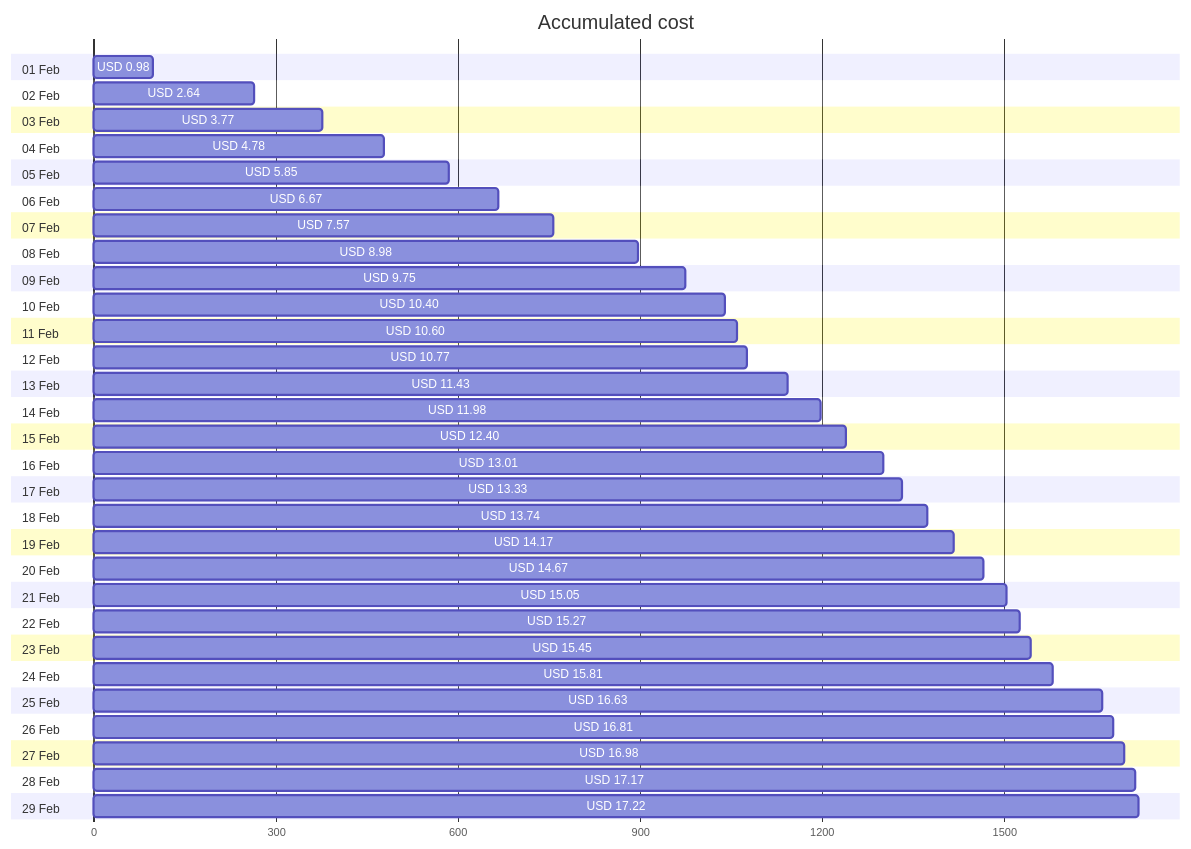
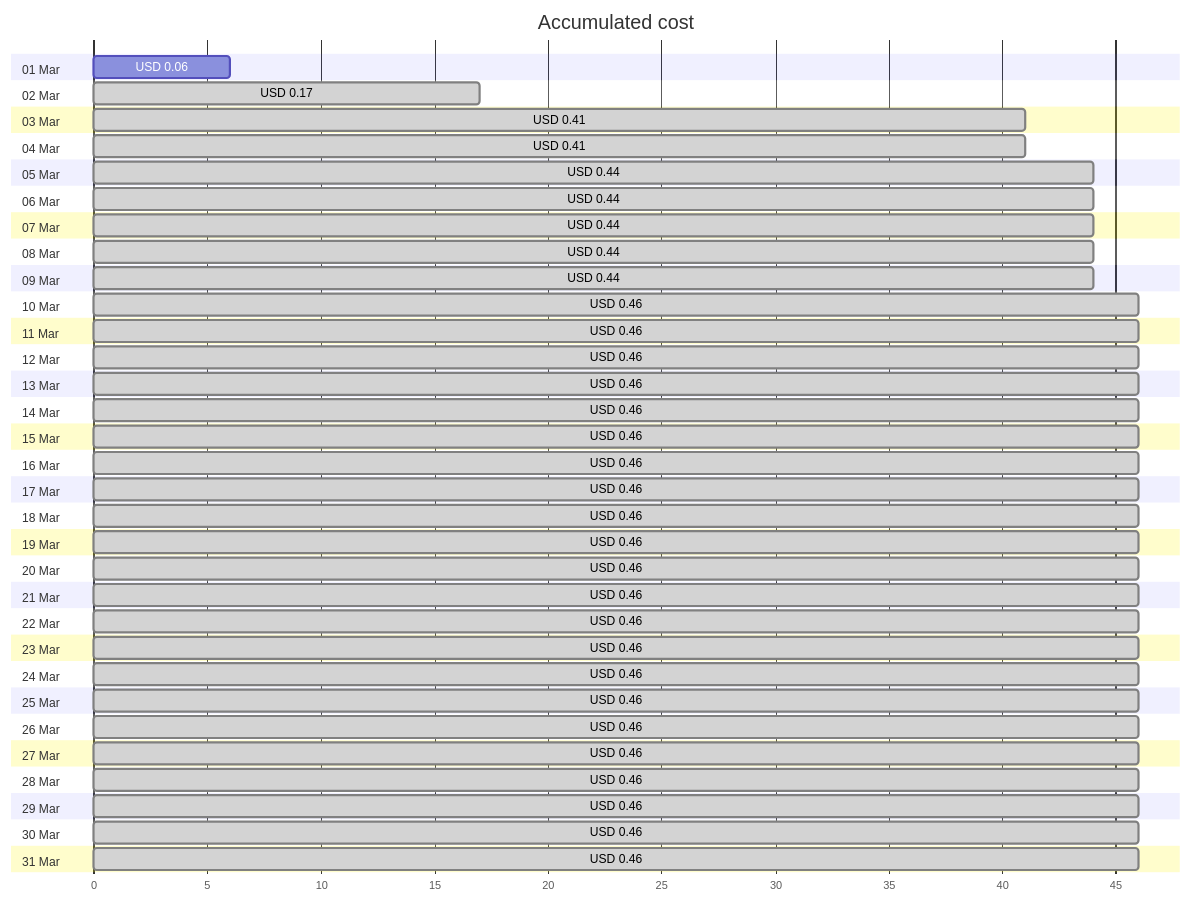
The first of 4 diagrams in cost-reports/personal-network/vpn-server.md (jpfulton/azure-personal-reports), drawn with Mermaid before and after one commit. The commit also changed other lines of this file and 8 other files, not shown here.

````diff
--- a/cost-reports/personal-network/vpn-server.md
+++ b/cost-reports/personal-network/vpn-server.md
@@ -20,64 +20,68 @@
 ```mermaid
 gantt
    title Accumulated cost
    dateFormat  X
    axisFormat %s
-   section 01 Feb
-   USD 0.98 :0, 98
-   section 02 Feb
-   USD 2.64 :0, 264
-   section 03 Feb
-   USD 3.77 :0, 377
-   section 04 Feb
-   USD 4.78 :0, 478
-   section 05 Feb
-   USD 5.85 :0, 585
-   section 06 Feb
-   USD 6.67 :0, 667
-   section 07 Feb
-   USD 7.57 :0, 757
-   section 08 Feb
-   USD 8.98 :0, 898
-   section 09 Feb
-   USD 9.75 :0, 975
-   section 10 Feb
-   USD 10.40 :0, 1040
-   section 11 Feb
-   USD 10.60 :0, 1060
-   section 12 Feb
-   USD 10.77 :0, 1077
-   section 13 Feb
-   USD 11.43 :0, 1143
-   section 14 Feb
-   USD 11.98 :0, 1198
-   section 15 Feb
-   USD 12.40 :0, 1240
-   section 16 Feb
-   USD 13.01 :0, 1301
-   section 17 Feb
-   USD 13.33 :0, 1333
-   section 18 Feb
-   USD 13.74 :0, 1374
-   section 19 Feb
-   USD 14.17 :0, 1417
-   section 20 Feb
-   USD 14.67 :0, 1467
-   section 21 Feb
-   USD 15.05 :0, 1505
-   section 22 Feb
-   USD 15.27 :0, 1527
-   section 23 Feb
-   USD 15.45 :0, 1545
-   section 24 Feb
-   USD 15.81 :0, 1581
-   section 25 Feb
-   USD 16.63 :0, 1663
-   section 26 Feb
-   USD 16.81 :0, 1681
-   section 27 Feb
-   USD 16.98 :0, 1698
-   section 28 Feb
-   USD 17.17 :0, 1717
-   section 29 Feb
-   USD 17.22 :0, 1722
+   section 01 Mar
+   USD 0.06 :0, 6
+   section 02 Mar
+   USD 0.17 : done, 0, 17
+   section 03 Mar
+   USD 0.41 : done, 0, 41
+   section 04 Mar
+   USD 0.41 : done, 0, 41
+   section 05 Mar
+   USD 0.44 : done, 0, 44
+   section 06 Mar
+   USD 0.44 : done, 0, 44
+   section 07 Mar
+   USD 0.44 : done, 0, 44
+   section 08 Mar
+   USD 0.44 : done, 0, 44
+   section 09 Mar
+   USD 0.44 : done, 0, 44
+   section 10 Mar
+   USD 0.46 : done, 0, 46
+   section 11 Mar
+   USD 0.46 : done, 0, 46
+   section 12 Mar
+   USD 0.46 : done, 0, 46
+   section 13 Mar
+   USD 0.46 : done, 0, 46
+   section 14 Mar
+   USD 0.46 : done, 0, 46
+   section 15 Mar
+   USD 0.46 : done, 0, 46
+   section 16 Mar
+   USD 0.46 : done, 0, 46
+   section 17 Mar
+   USD 0.46 : done, 0, 46
+   section 18 Mar
+   USD 0.46 : done, 0, 46
+   section 19 Mar
+   USD 0.46 : done, 0, 46
+   section 20 Mar
+   USD 0.46 : done, 0, 46
+   section 21 Mar
+   USD 0.46 : done, 0, 46
+   section 22 Mar
+   USD 0.46 : done, 0, 46
+   section 23 Mar
+   USD 0.46 : done, 0, 46
+   section 24 Mar
+   USD 0.46 : done, 0, 46
+   section 25 Mar
+   USD 0.46 : done, 0, 46
+   section 26 Mar
+   USD 0.46 : done, 0, 46
+   section 27 Mar
+   USD 0.46 : done, 0, 46
+   section 28 Mar
+   USD 0.46 : done, 0, 46
+   section 29 Mar
+   USD 0.46 : done, 0, 46
+   section 30 Mar
+   USD 0.46 : done, 0, 46
+   section 31 Mar
+   USD 0.46 : done, 0, 46
 ```
````
